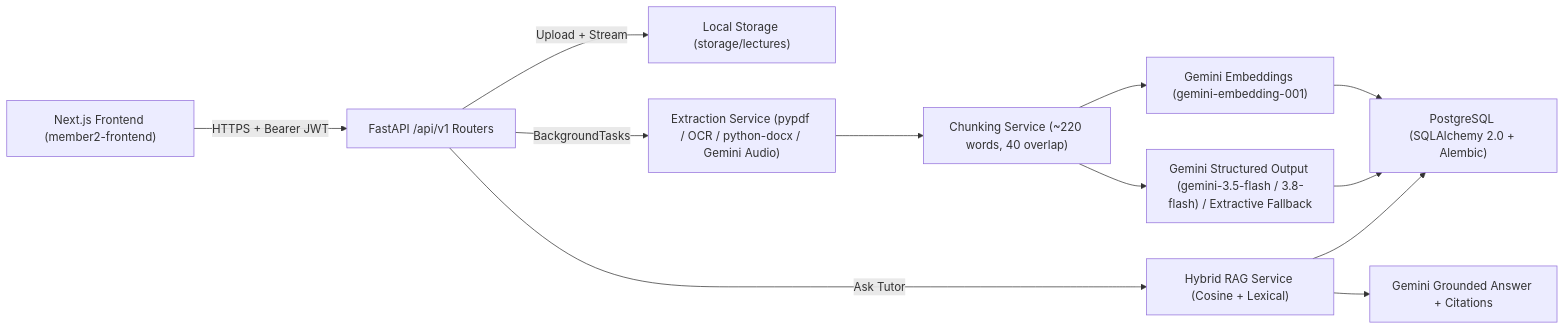
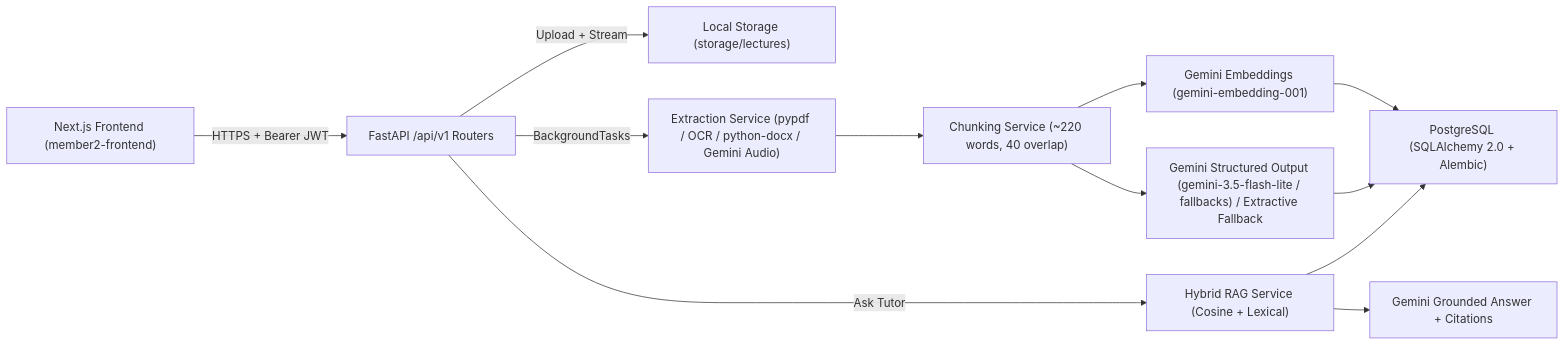
Before and after one commit to Sarnava-hue/lecture-to-life: the diagram in docs/ARCHITECTURE.md, drawn with Mermaid. The commit also changed 5 other files, not shown here.

Commit message:
Optimize Gemini failover timeout and default to fast flash-lite model

````diff
--- a/docs/ARCHITECTURE.md
+++ b/docs/ARCHITECTURE.md
@@ -5,14 +5,14 @@
 ```mermaid
 flowchart LR
     UI["Next.js Frontend (member2-frontend)"] -->|HTTPS + Bearer JWT| API["FastAPI /api/v1 Routers"]
     API -->|Upload + Stream| Storage["Local Storage (storage/lectures)"]
     API -->|BackgroundTasks| Extract["Extraction Service (pypdf / OCR / python-docx / Gemini Audio)"]
     Extract --> Chunk["Chunking Service (~220 words, 40 overlap)"]
     Chunk --> Embed["Gemini Embeddings (gemini-embedding-001)"]
-    Chunk --> Bundle["Gemini Structured Output (gemini-3.5-flash / 3.8-flash) / Extractive Fallback"]
+    Chunk --> Bundle["Gemini Structured Output (gemini-3.5-flash-lite / fallbacks) / Extractive Fallback"]
     Embed --> DB["PostgreSQL (SQLAlchemy 2.0 + Alembic)"]
     Bundle --> DB
     API -->|Ask Tutor| RAG["Hybrid RAG Service (Cosine + Lexical)"]
     RAG --> DB
     RAG --> GeminiAns["Gemini Grounded Answer + Citations"]
 ```
````
